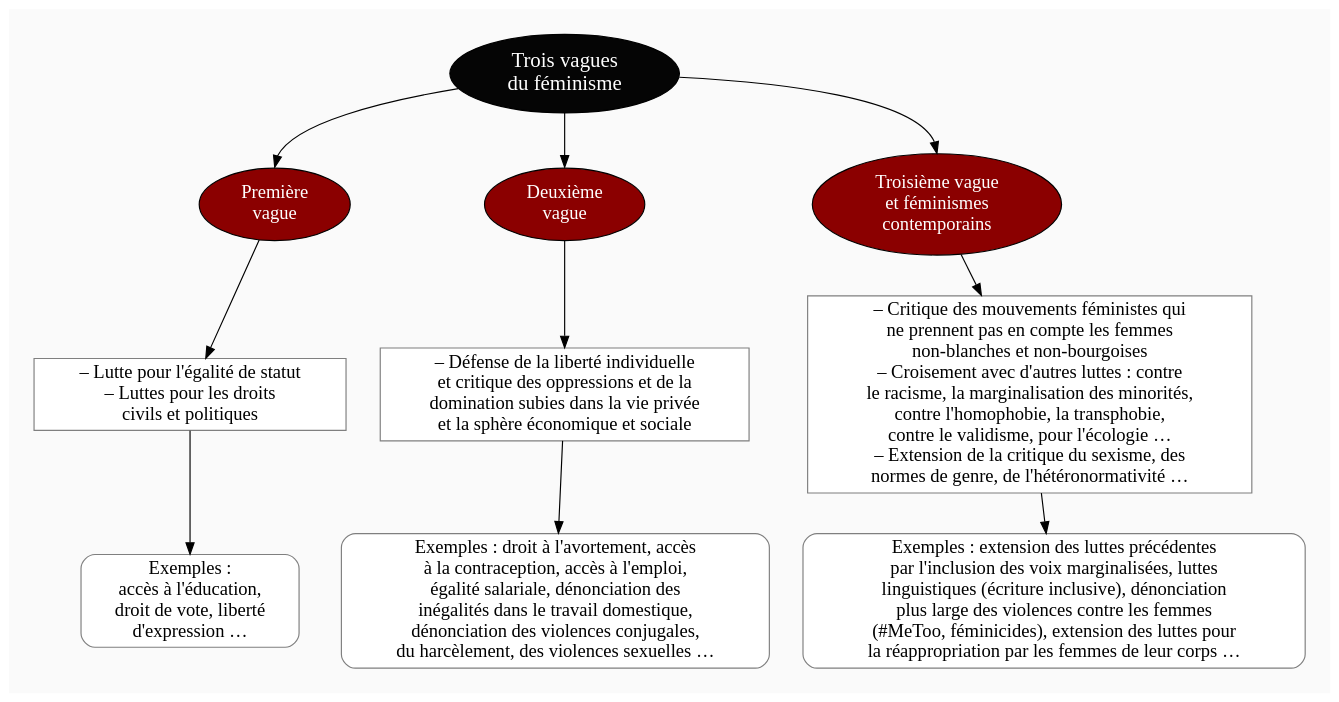
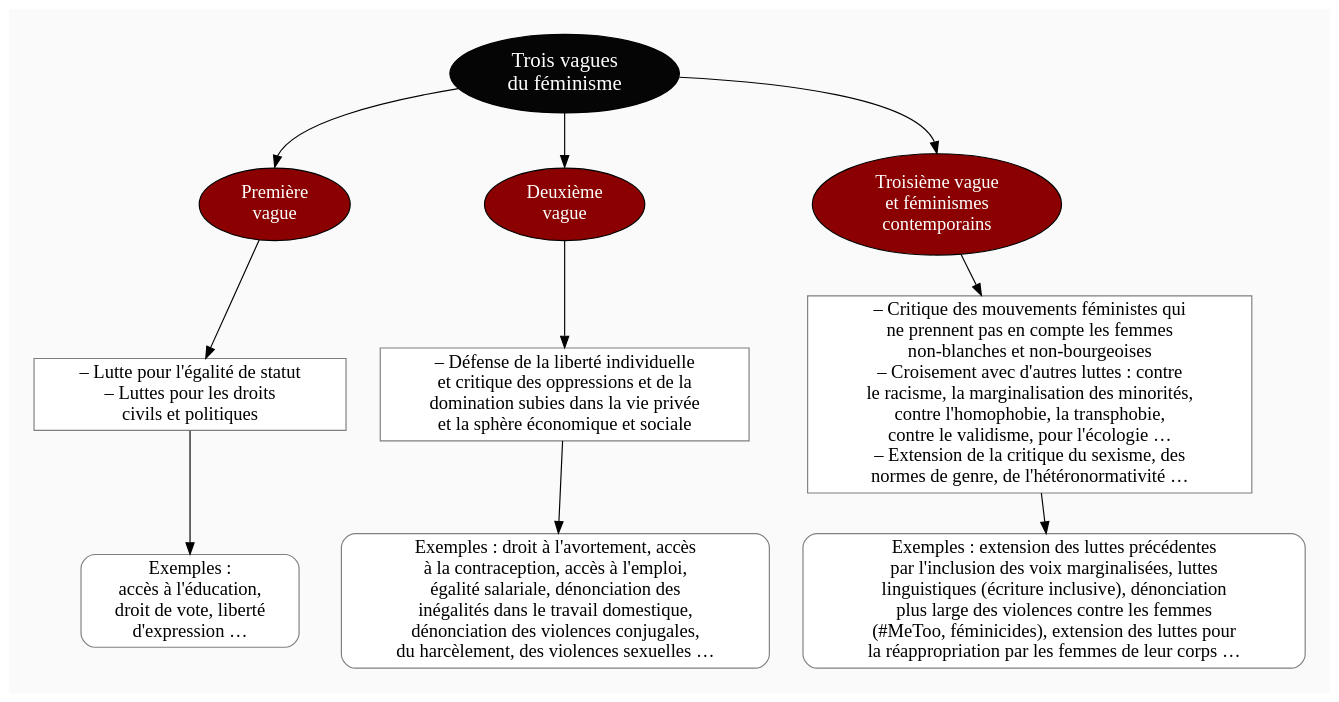
Before and after one commit to eyssette/graphviz-examples: the diagram in diagram/trois-vagues-feminisme-2.dot, drawn with Graphviz. The commit also changed 1 other file, not shown here.

```diff
--- a/diagram/trois-vagues-feminisme-2.dot
+++ b/diagram/trois-vagues-feminisme-2.dot
@@ -1,108 +1,108 @@
 digraph G {
 // Template : diagram
 // Usage : 
 //rankdir=LR
 splines=true
 //splines=curved
 bgcolor=grey98
 pad=0.3
 style=filled
 edge[minlen=4]
 node[style=filled, fontcolor=white]
 ranksep=0.1
 nodesep=0.4
 
 // NIVEAU 1
 node[fillcolor=grey2, fontsize=18]
 a1[label="Trois vagues
 du féminisme"]
 
 // NIVEAU 2
 node[fillcolor=red4, fontsize=16]
 a1->{
 b1[label="Première
 vague"]    
 b2[label="Deuxième
 vague"]
 b3[label="Troisième vague
 et féminismes
 contemporains"]
 }[headport=n]
 
 {rank=same;b1->b2[style=invis]}
 {rank=same;b2->b3[style=invis, minlen=5]}
 
 node[fontcolor=black]
 // NIVEAU 3 (sans intermédiaire)
 node [shape=box, fillcolor=white, color=grey50]
 // c1[label=""]
 b1->c1
 c1[label="– Lutte pour l'égalité de statut
 – Luttes pour les droits
 civils et politiques"]
 b2->c2
 c2[label="– Défense de la liberté individuelle
 et critique des oppressions et de la
 domination subies dans la vie privée
 et la sphère économique et sociale"]
 b3->c3
 c3[label="– Critique des mouvements féministes qui
 ne prennent pas en compte les femmes
-non-blanches et non-bourgoises
+non-blanches et non-bourgeoises
 – Croisement avec d'autres luttes : contre
 le racisme, la marginalisation des minorités,
 contre l'homophobie, la transphobie,
 contre le validisme, pour l'écologie …
 – Extension de la critique du sexisme, des
 normes de genre, de l'hétéronormativité …"]
 
 
 // INTERMÉDIAIRE AVANT NIVEAU 3
 node[fillcolor=grey78, shape=oval]
 // [arrowhead=none]
 // bc1[label=""]
 
 // NIVEAU 3 (avec intermédiaire)
 node[fillcolor=white, shape=box, color=grey50]
 // c1[label=""]
 
 // NIVEAU 4
 node[style="filled,rounded", fillcolor=white, shape=box, color=grey50]
 // d1[label=""]
 
 c1->d1
 d1[label="Exemples :
 accès à l'éducation,
 droit de vote, liberté
 d'expression …"]
 
 c2->d2
 d2[label="Exemples : droit à l'avortement, accès
 à la contraception, accès à l'emploi,
 égalité salariale, dénonciation des
 inégalités dans le travail domestique,
 dénonciation des violences conjugales,
 du harcèlement, des violences sexuelles …"]
 
 c3->d3
 d3[label="Exemples : extension des luttes précédentes
 par l'inclusion des voix marginalisées, luttes
 linguistiques (écriture inclusive), dénonciation
 plus large des violences contre les femmes
 (#MeToo, féminicides), extension des luttes pour 
 la réappropriation par les femmes de leur corps …"]
 
 // ÉTIQUETTES EN ROUGE
 node[shape=plaintext, fontcolor=firebrick3, fillcolor=grey98]
 // e1[label=< <B>= Titre</B><BR /><BR />Contenu<BR /> >]
 // e1[label=""]
 // ->e1[minlen=1, style=invis]
 
 // REMARQUES EN BLEU
 node[color=blue, shape=box, margin=0.07, fontcolor=black, fontsize=12, style="dashed", penwidth=0.6]
 edge[color=blue, arrowhead="none", xlabel="", style="dashed", penwidth=0.6]
 // r1[label=""]
 // {rank=same;->r1}
 // {rank=same;r1->[dir=back]}
 
 }
```
